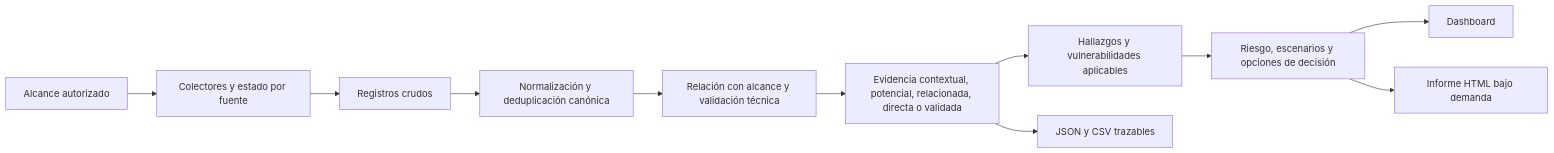
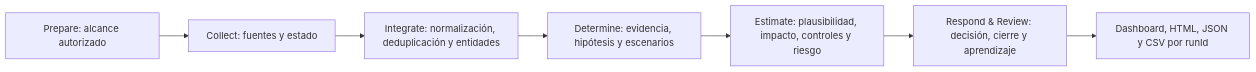
Before and after one commit to sr-maximus/CyberDecisionEngine: the diagram in docs/cyberdecisionengine_proceso_modelo_calculos.md, drawn with Mermaid. The commit also changed other lines of this file and 141 other files, not shown here.

````diff
--- a/docs/cyberdecisionengine_proceso_modelo_calculos.md
+++ b/docs/cyberdecisionengine_proceso_modelo_calculos.md
@@ -13,13 +20,9 @@
 ```mermaid
 flowchart LR
-  A["Alcance autorizado"] --> B["Colectores y estado por fuente"]
-  B --> C["Registros crudos"]
-  C --> D["Normalización y deduplicación canónica"]
-  D --> E["Relación con alcance y validación técnica"]
-  E --> F["Evidencia contextual, potencial, relacionada, directa o validada"]
-  F --> G["Hallazgos y vulnerabilidades aplicables"]
-  G --> H["Riesgo, escenarios y opciones de decisión"]
-  H --> I["Dashboard"]
-  H --> J["Informe HTML bajo demanda"]
-  F --> K["JSON y CSV trazables"]
+  P["Prepare: alcance autorizado"] --> C["Collect: fuentes y estado"]
+  C --> I["Integrate: normalización, deduplicación y entidades"]
+  I --> D["Determine: evidencia, hipótesis y escenarios"]
+  D --> E["Estimate: plausibilidad, impacto, controles y riesgo"]
+  E --> R["Respond & Review: decisión, cierre y aprendizaje"]
+  R --> X["Dashboard, HTML, JSON y CSV por runId"]
 ```
````
